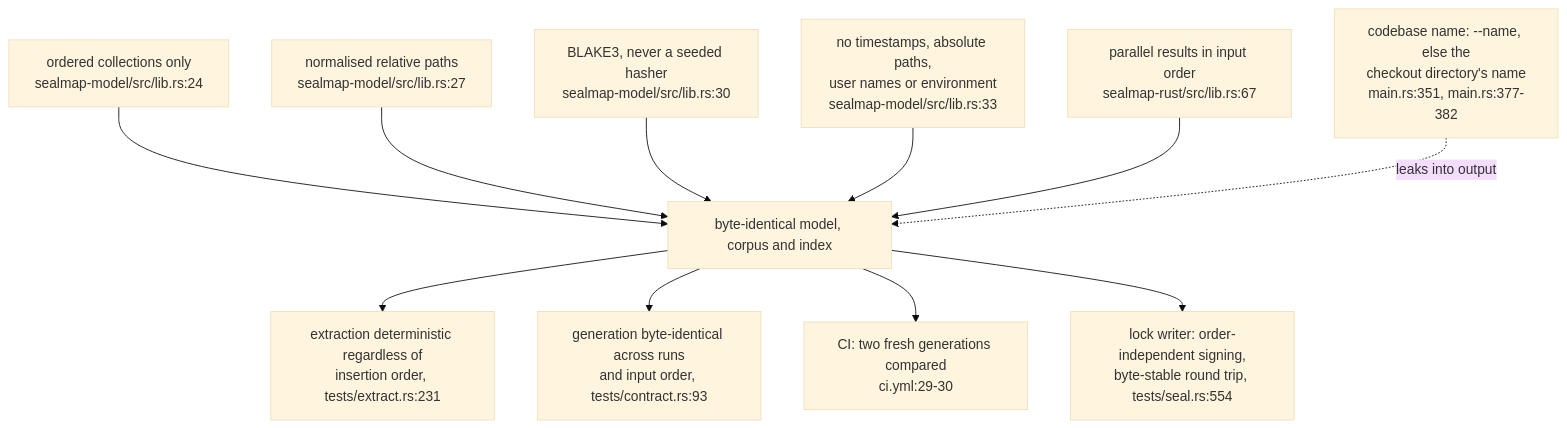
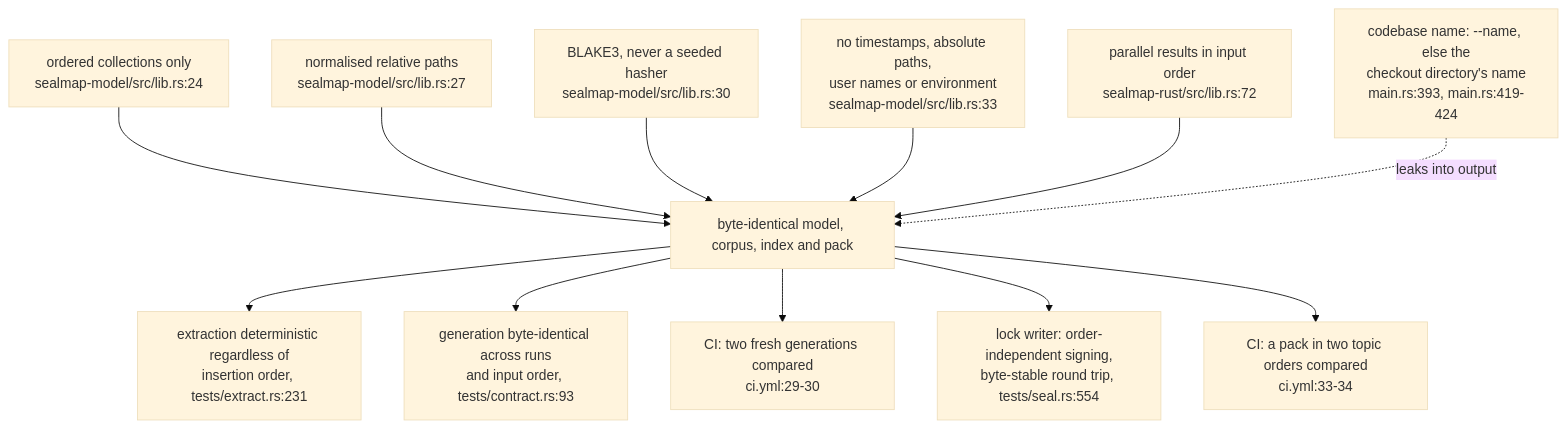
One commit to DreamLab-AI/codemaid changed the third of 5 diagrams in docs/diagrams/delivery/01-ci-msrv-and-determinism.md. Above: the diagram before and after it, drawn with Mermaid (base theme). The commit also changed other lines of this file and 23 other files, not shown here.

````diff
--- a/docs/diagrams/delivery/01-ci-msrv-and-determinism.md
+++ b/docs/diagrams/delivery/01-ci-msrv-and-determinism.md
@@ -146,24 +147,26 @@
 ```mermaid
 flowchart TB
     O["ordered collections only<br/>sealmap-model/src/lib.rs:24"]
     P["normalised relative paths<br/>sealmap-model/src/lib.rs:27"]
     H["BLAKE3, never a seeded hasher<br/>sealmap-model/src/lib.rs:30"]
     A["no timestamps, absolute paths,<br/>user names or environment<br/>sealmap-model/src/lib.rs:33"]
-    PO["parallel results in input order<br/>sealmap-rust/src/lib.rs:67"]
-    BY["byte-identical model, corpus and index"]
+    PO["parallel results in input order<br/>sealmap-rust/src/lib.rs:72"]
+    BY["byte-identical model, corpus, index and pack"]
     T1["extraction deterministic regardless of<br/>insertion order, tests/extract.rs:231"]
     T2["generation byte-identical across runs<br/>and input order, tests/contract.rs:93"]
     T3["CI: two fresh generations compared<br/>ci.yml:29-30"]
     T4["lock writer: order-independent signing,<br/>byte-stable round trip, tests/seal.rs:554"]
-    NM["codebase name: --name, else the<br/>checkout directory's name<br/>main.rs:351, main.rs:377-382"]
+    T5["CI: a pack in two topic orders compared<br/>ci.yml:33-34"]
+    NM["codebase name: --name, else the<br/>checkout directory's name<br/>main.rs:393, main.rs:419-424"]
     O --> BY
     P --> BY
     H --> BY
     A --> BY
     PO --> BY
     BY --> T1
     BY --> T2
     BY --> T3
     BY --> T4
+    BY --> T5
     NM -.->|leaks into output| BY
 ```
````
